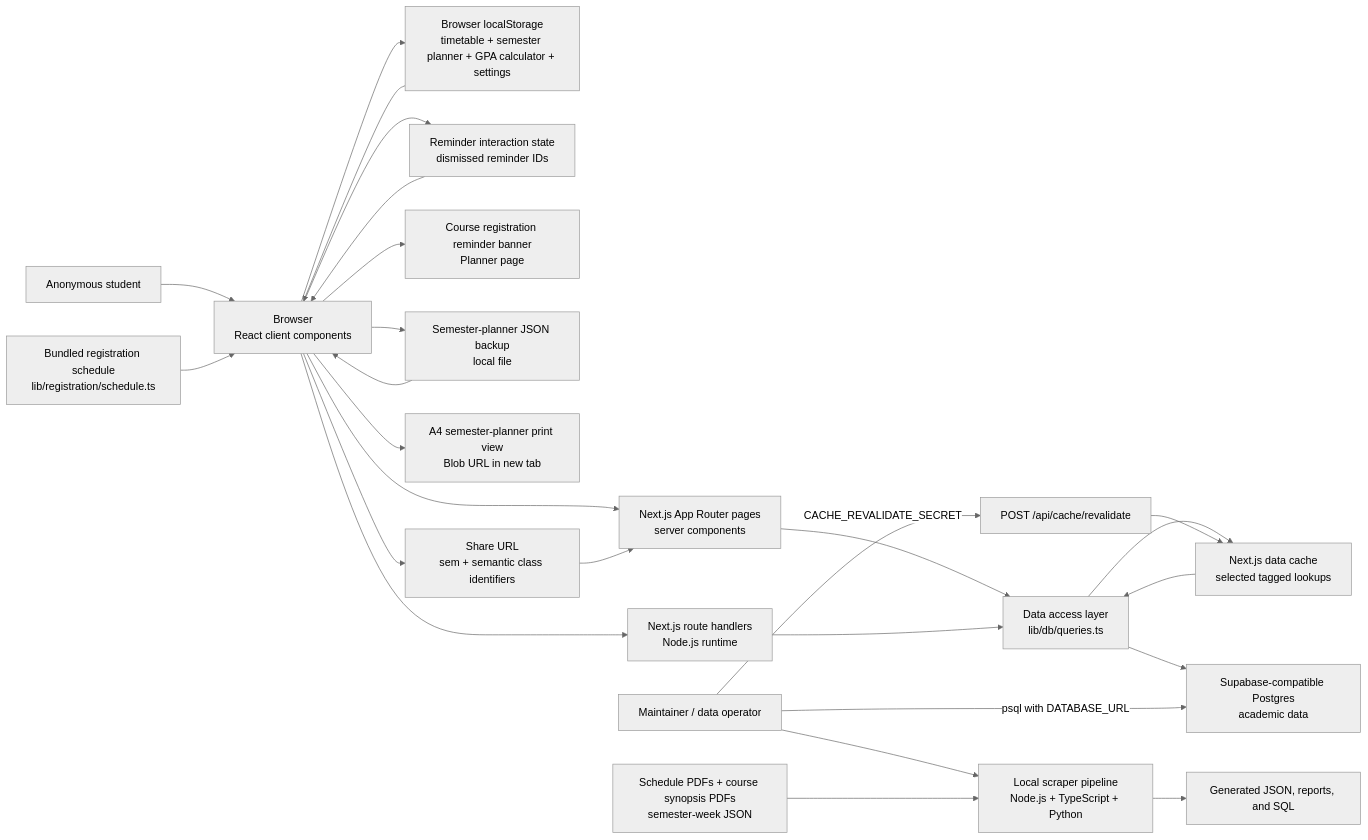
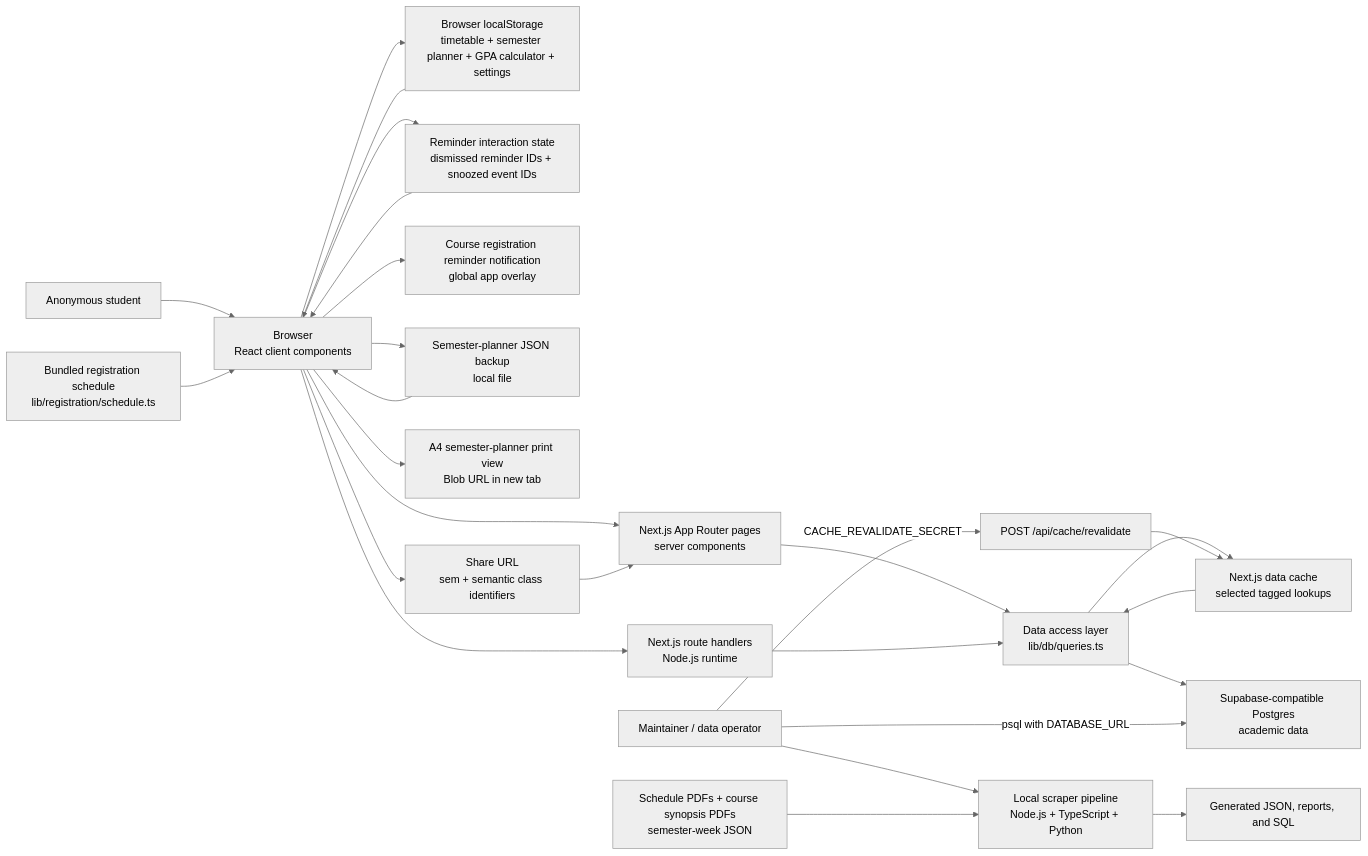
One commit to lester-td/SUSSplanner changed the first of 18 diagrams in docs/DeveloperGuide.md. Above: the diagram before and after it, drawn with Mermaid (neutral theme). The commit also changed other lines of this file and 7 other files, not shown here.

Commit message:
Make reminder close snooze the event

````diff
--- a/docs/DeveloperGuide.md
+++ b/docs/DeveloperGuide.md
@@ -47,49 +47,49 @@
 ```mermaid
 flowchart LR
     User["Anonymous student"]
     Maintainer["Maintainer / data operator"]
     Browser["Browser<br/>React client components"]
     LocalStorage["Browser localStorage<br/>timetable + semester planner + GPA calculator + settings"]
-    ReminderState["Reminder interaction state<br/>dismissed reminder IDs"]
+    ReminderState["Reminder interaction state<br/>dismissed reminder IDs + snoozed event IDs"]
     RegistrationSchedule["Bundled registration schedule<br/>lib/registration/schedule.ts"]
-    ReminderBanner["Course registration reminder banner<br/>Planner page"]
+    ReminderNotification["Course registration reminder notification<br/>global app overlay"]
     SemesterPlannerBackup["Semester-planner JSON backup<br/>local file"]
     SemesterPlannerPrint["A4 semester-planner print view<br/>Blob URL in new tab"]
     ShareURL["Share URL<br/>sem + semantic class identifiers"]
     NextPages["Next.js App Router pages<br/>server components"]
     API["Next.js route handlers<br/>Node.js runtime"]
     DAL["Data access layer<br/>lib/db/queries.ts"]
     Cache["Next.js data cache<br/>selected tagged lookups"]
     DB["Supabase-compatible Postgres<br/>academic data"]
     Sources["Schedule PDFs + course synopsis PDFs<br/>semester-week JSON"]
     Scraper["Local scraper pipeline<br/>Node.js + TypeScript + Python"]
     SQL["Generated JSON, reports, and SQL"]
     Revalidate["POST /api/cache/revalidate"]
 
     User --> Browser
     Browser --> LocalStorage
     LocalStorage --> Browser
     Browser --> ReminderState
     ReminderState --> Browser
     RegistrationSchedule --> Browser
-    Browser --> ReminderBanner
+    Browser --> ReminderNotification
     Browser --> SemesterPlannerBackup
     SemesterPlannerBackup --> Browser
     Browser --> SemesterPlannerPrint
     Browser --> NextPages
     Browser --> ShareURL
     ShareURL --> NextPages
     Browser --> API
     NextPages --> DAL
     API --> DAL
     DAL --> Cache
     Cache --> DAL
     DAL --> DB
 
     Maintainer --> Scraper
     Sources --> Scraper
     Scraper --> SQL
     Maintainer -->|"psql with DATABASE_URL"| DB
     Maintainer -->|"CACHE_REVALIDATE_SECRET"| Revalidate
     Revalidate --> Cache
 ```
````
